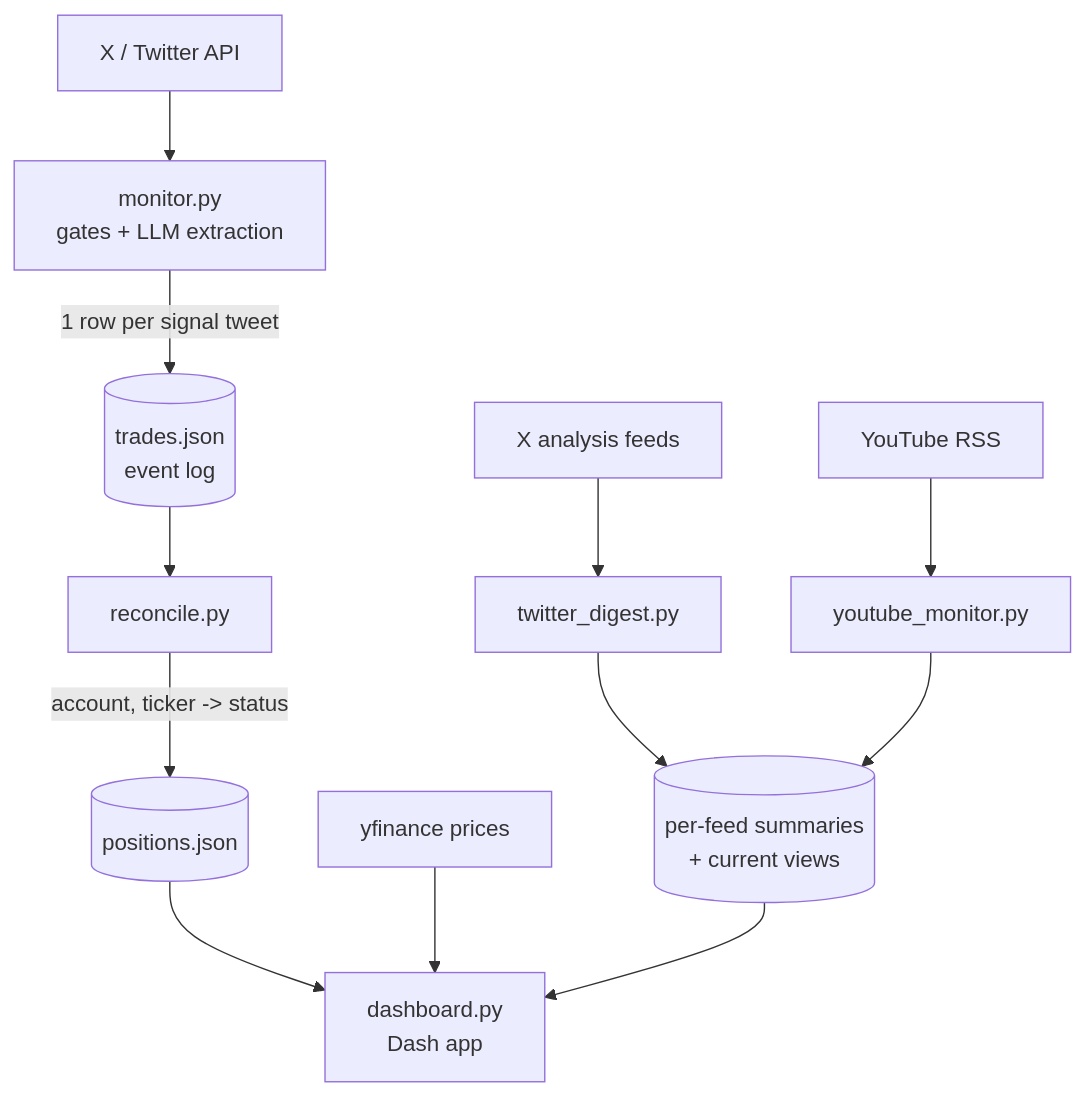
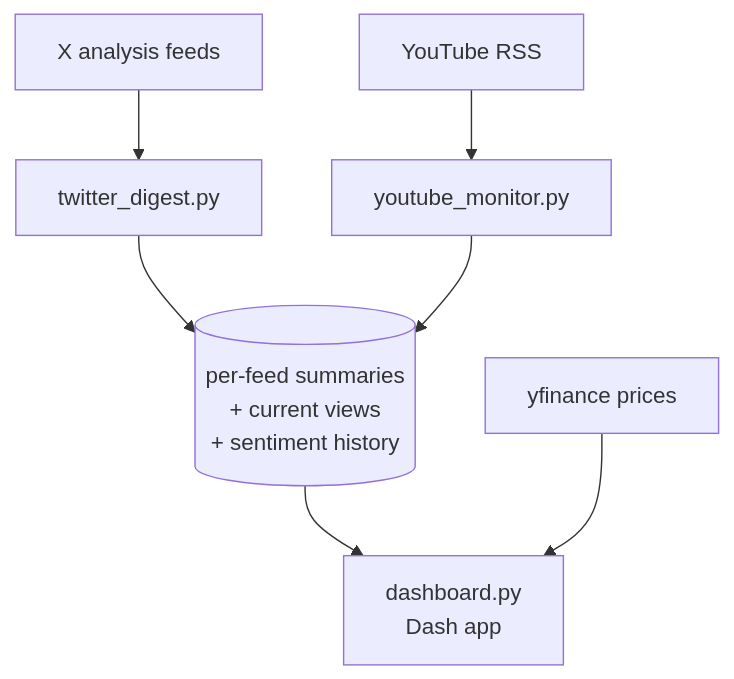
One commit to fabibal/hindsight changed the diagram in README.md. Above: the diagram before and after it, drawn with Mermaid. The commit also changed other lines of this file and 27 other files, not shown here.

````diff
--- a/README.md
+++ b/README.md
@@ -101,14 +85,9 @@
 ```mermaid
 flowchart TD
-    X[X / Twitter API] --> M[monitor.py<br/>gates + LLM extraction]
-    M -->|1 row per signal tweet| T[(trades.json<br/>event log)]
-    T --> R[reconcile.py]
-    R -->|account, ticker -> status| P[(positions.json)]
-    P --> D[dashboard.py<br/>Dash app]
-    yf[yfinance prices] --> D
     XD[X analysis feeds] --> TD[twitter_digest.py]
     YT[YouTube RSS] --> YM[youtube_monitor.py]
-    TD --> S[(per-feed summaries<br/>+ current views)]
+    TD --> S[(per-feed summaries<br/>+ current views<br/>+ sentiment history)]
     YM --> S
-    S --> D
+    S --> D[dashboard.py<br/>Dash app]
+    yf[yfinance prices] --> D
 ```
````
